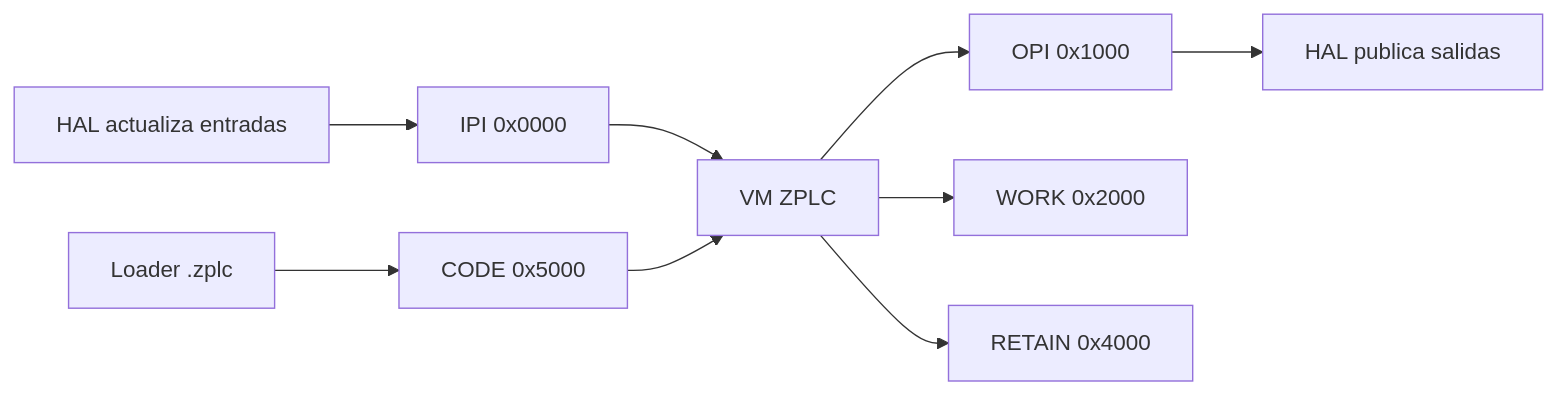
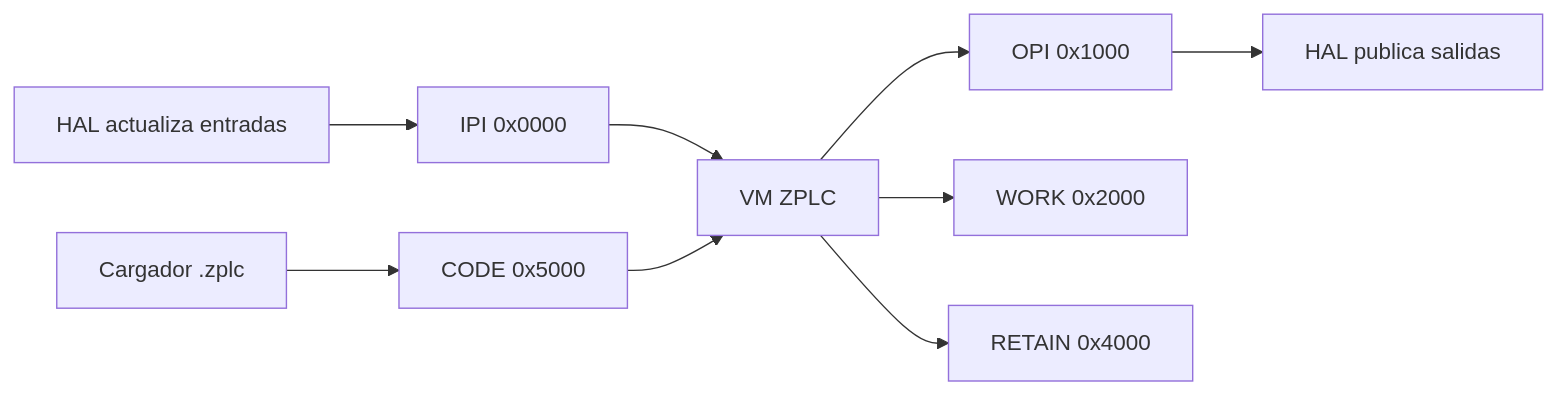
One commit to eduardojvieira/ZPLC changed the diagram in docs/i18n/es/docusaurus-plugin-content-docs/current/runtime/isa.md. Above: the diagram before and after it, drawn with Mermaid. The commit also changed other lines of this file, not shown here.

````diff
--- a/docs/i18n/es/docusaurus-plugin-content-docs/current/runtime/isa.md
+++ b/docs/i18n/es/docusaurus-plugin-content-docs/current/runtime/isa.md
@@ -40,11 +40,11 @@
 ```mermaid
 flowchart LR
   HAL[HAL actualiza entradas] --> IPI[IPI 0x0000]
   IPI --> VM[VM ZPLC]
   VM --> OPI[OPI 0x1000]
   VM --> WORK[WORK 0x2000]
   VM --> RETAIN[RETAIN 0x4000]
-  LOADER[Loader .zplc] --> CODE[CODE 0x5000]
+  LOADER[Cargador .zplc] --> CODE[CODE 0x5000]
   CODE --> VM
   OPI --> HALOUT[HAL publica salidas]
 ```
````
